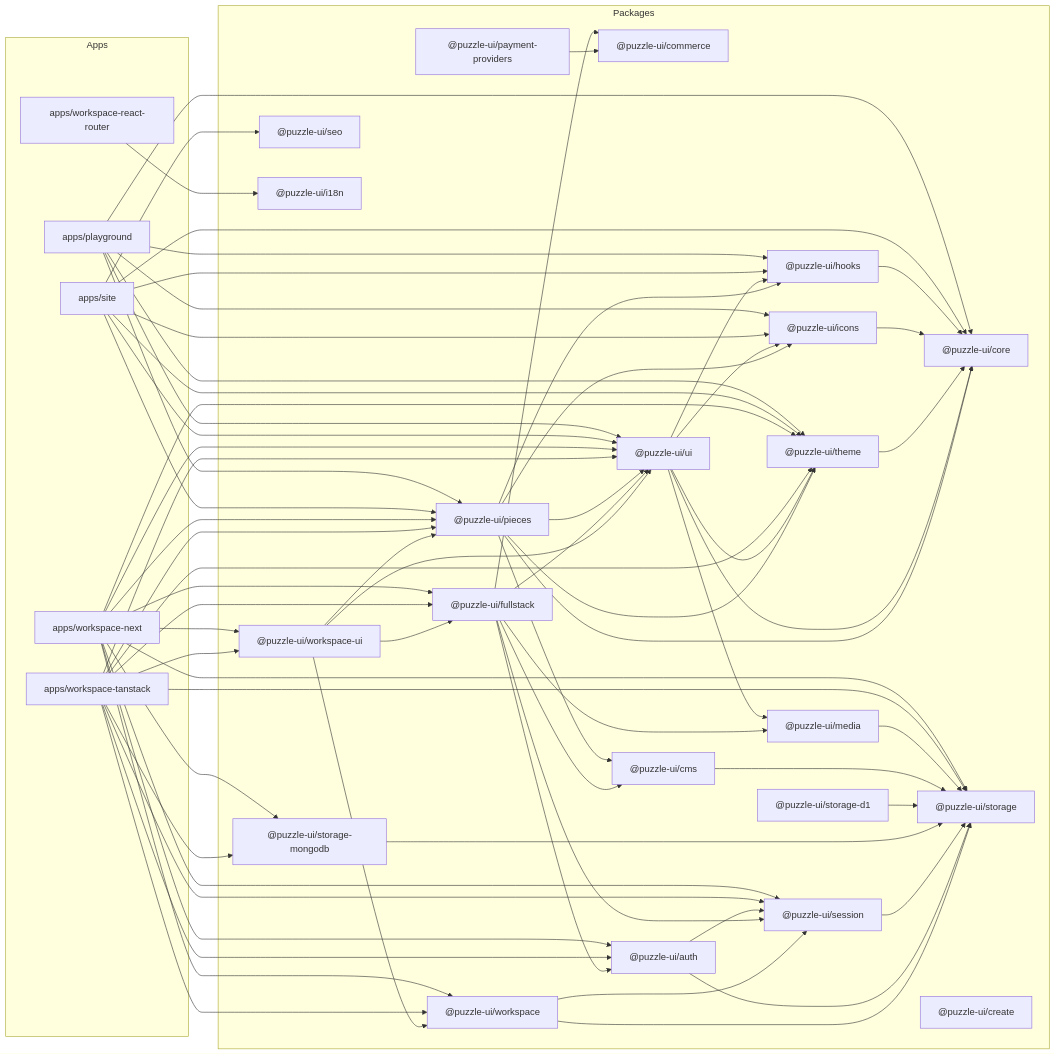
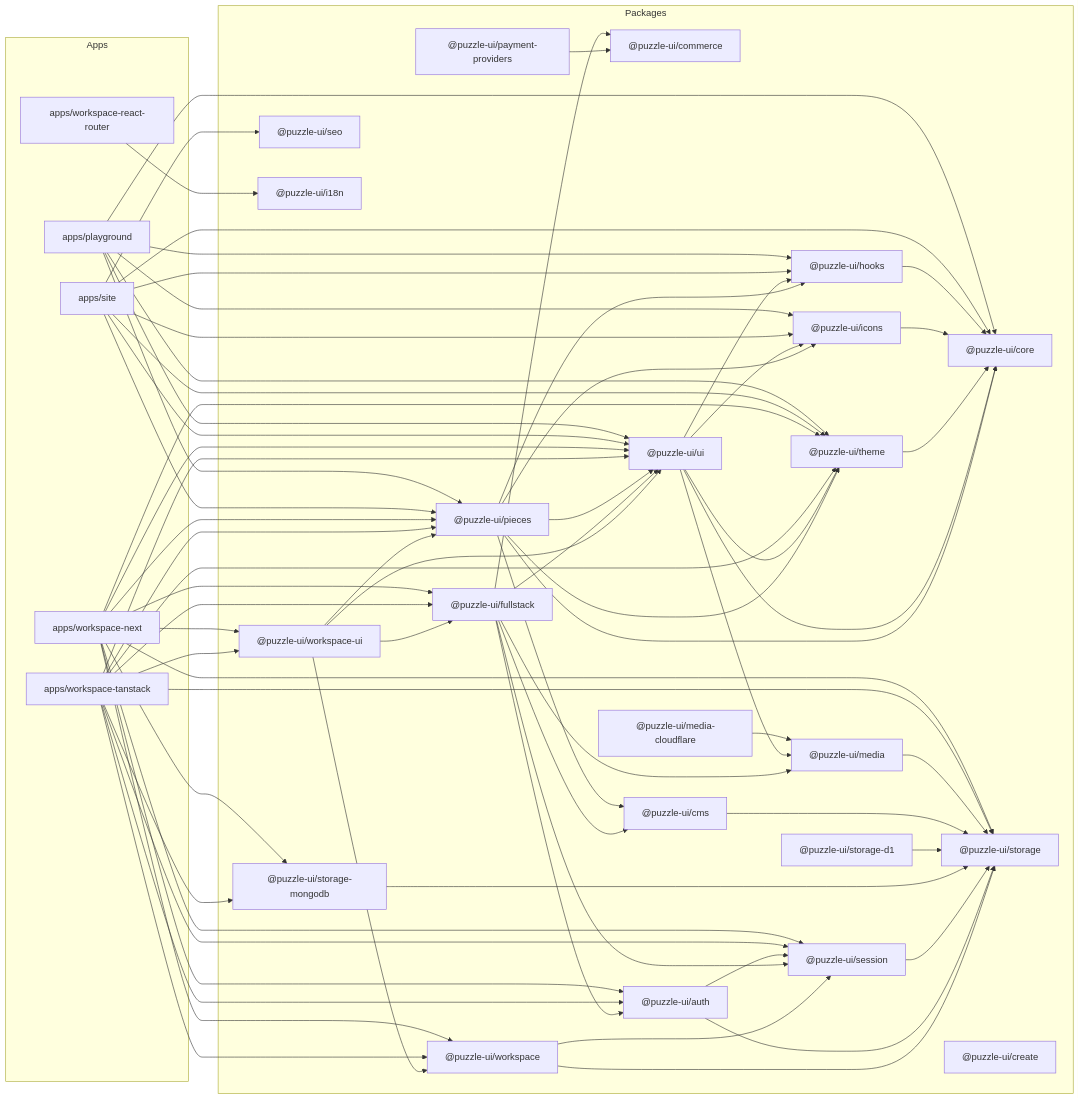
Before and after one commit to senorprogramador/puzzle: the diagram in docs/ai/architecture/overview.md, drawn with Mermaid. The commit also changed other lines of this file and 75 other files, not shown here.

Commit message:
added cloudflare media sync

```diff
--- a/docs/ai/architecture/overview.md
+++ b/docs/ai/architecture/overview.md
@@ -44,6 +44,7 @@
     ui["@puzzle-ui/ui"]
     pieces["@puzzle-ui/pieces"]
     media["@puzzle-ui/media"]
+    mediacf["@puzzle-ui/media-cloudflare"]
     cms["@puzzle-ui/cms"]
     storage["@puzzle-ui/storage"]
     d1["@puzzle-ui/storage-d1"]
@@ -60,6 +61,7 @@
   end
 
   playground --> core
+  mediacf --> media
   playground --> hooks
   playground --> icons
   playground --> pieces
```
